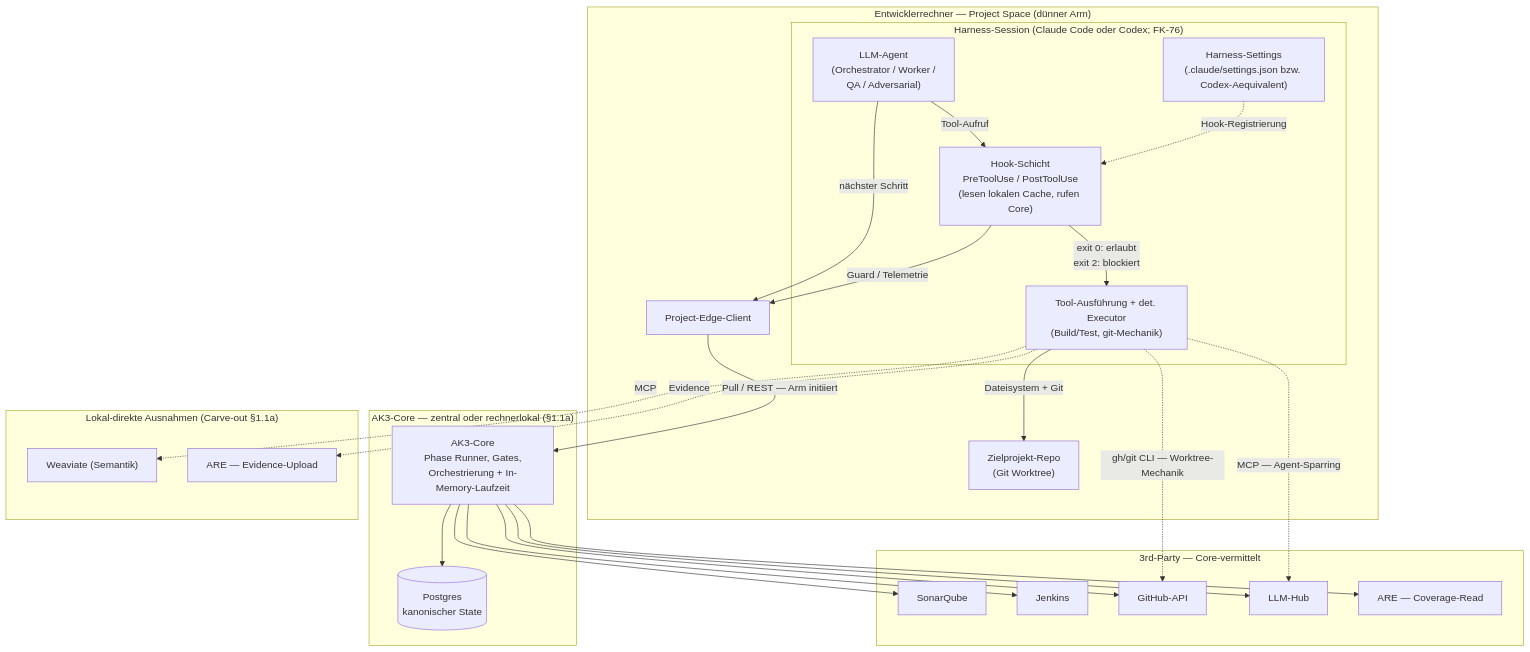
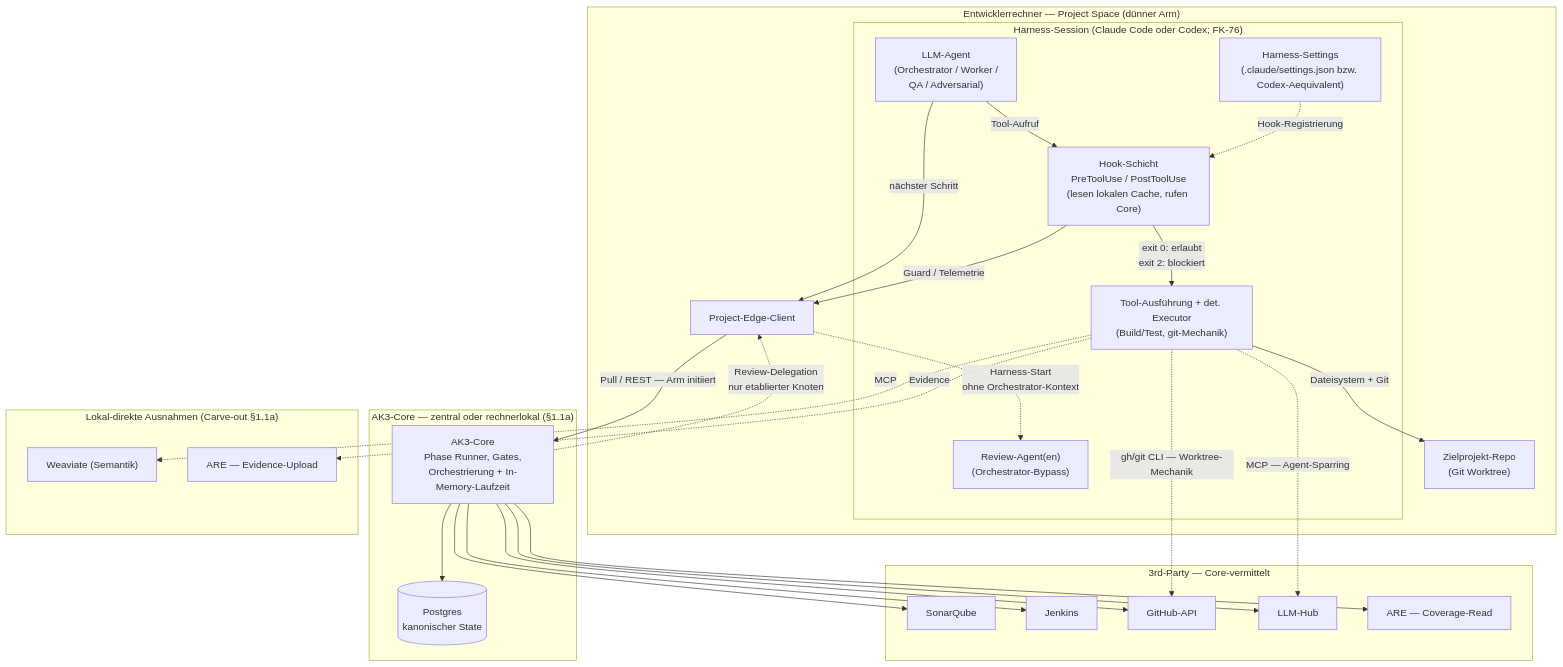
The first of 4 diagrams in concept/technical-design/01_systemkontext_und_architekturprinzipien.md (saltenhof/claude-agentkit3), drawn with Mermaid before and after one commit. The commit also changed other lines of this file and 365 other files, not shown here.

````diff
--- a/concept/technical-design/01_systemkontext_und_architekturprinzipien.md
+++ b/concept/technical-design/01_systemkontext_und_architekturprinzipien.md
@@ -152,52 +158,55 @@
 ```mermaid
 graph TB
     subgraph DEV["Entwicklerrechner — Project Space (dünner Arm)"]
 
         subgraph CC["Harness-Session (Claude Code oder Codex; FK-76)"]
             AGENT["LLM-Agent<br/>(Orchestrator / Worker /<br/>QA / Adversarial)"]
+            REVIEW["Review-Agent(en)<br/>(Orchestrator-Bypass)"]
             HOOKS["Hook-Schicht<br/>PreToolUse / PostToolUse<br/>(lesen lokalen Cache, rufen Core)"]
             TOOLS["Tool-Ausführung + det. Executor<br/>(Build/Test, git-Mechanik)"]
             SETTINGS["Harness-Settings<br/>(.claude/settings.json bzw. Codex-Aequivalent)"]
 
             AGENT -->|"Tool-Aufruf"| HOOKS
             HOOKS -->|"exit 0: erlaubt<br/>exit 2: blockiert"| TOOLS
             SETTINGS -.->|"Hook-Registrierung"| HOOKS
         end
 
         PE["Project-Edge-Client"]
         REPO["Zielprojekt-Repo<br/>(Git Worktree)"]
         TOOLS -->|"Dateisystem + Git"| REPO
         AGENT -->|"nächster Schritt"| PE
         HOOKS -->|"Guard / Telemetrie"| PE
     end
 
     subgraph CORE_BOX["AK3-Core — zentral oder rechnerlokal (§1.1a)"]
         CORE["AK3-Core<br/>Phase Runner, Gates,<br/>Orchestrierung + In-Memory-Laufzeit"]
         PG[("Postgres<br/>kanonischer State")]
         CORE --> PG
     end
 
     subgraph TP["3rd-Party — Core-vermittelt"]
         SONAR["SonarQube"]
         JENKINS["Jenkins"]
         GH["GitHub-API"]
         HUB["LLM-Hub"]
         ARER["ARE — Coverage-Read"]
     end
 
     subgraph DIRECT["Lokal-direkte Ausnahmen (Carve-out §1.1a)"]
         WV["Weaviate (Semantik)"]
         AREW["ARE — Evidence-Upload"]
     end
 
     PE -->|"Pull / REST — Arm initiiert"| CORE
+    CORE -.->|"Review-Delegation<br/>nur etablierter Knoten"| PE
+    PE -.->|"Harness-Start<br/>ohne Orchestrator-Kontext"| REVIEW
     CORE --> SONAR
     CORE --> JENKINS
     CORE --> GH
     CORE --> HUB
     CORE --> ARER
     TOOLS -.->|"MCP — Agent-Sparring"| HUB
     TOOLS -.->|"MCP"| WV
     TOOLS -.->|"Evidence"| AREW
     TOOLS -.->|"gh/git CLI — Worktree-Mechanik"| GH
 ```
````
